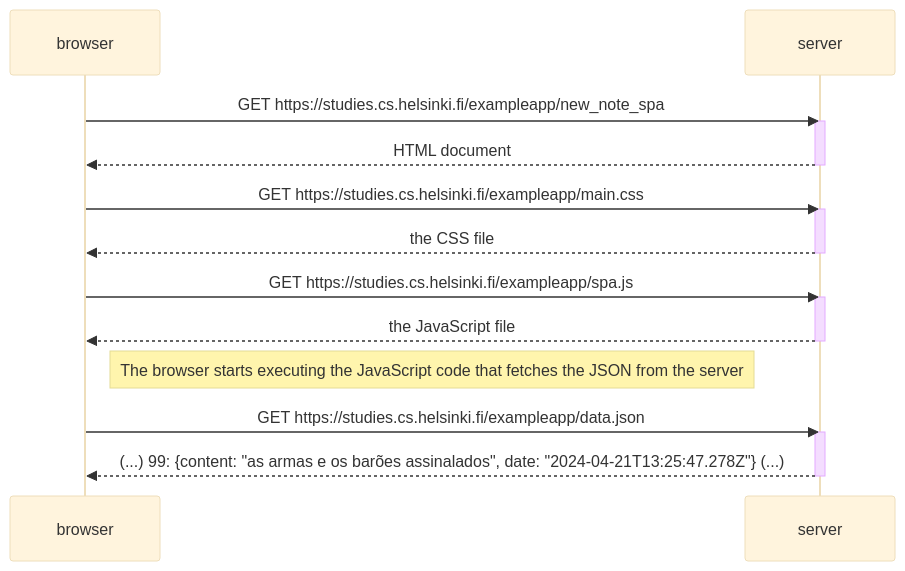
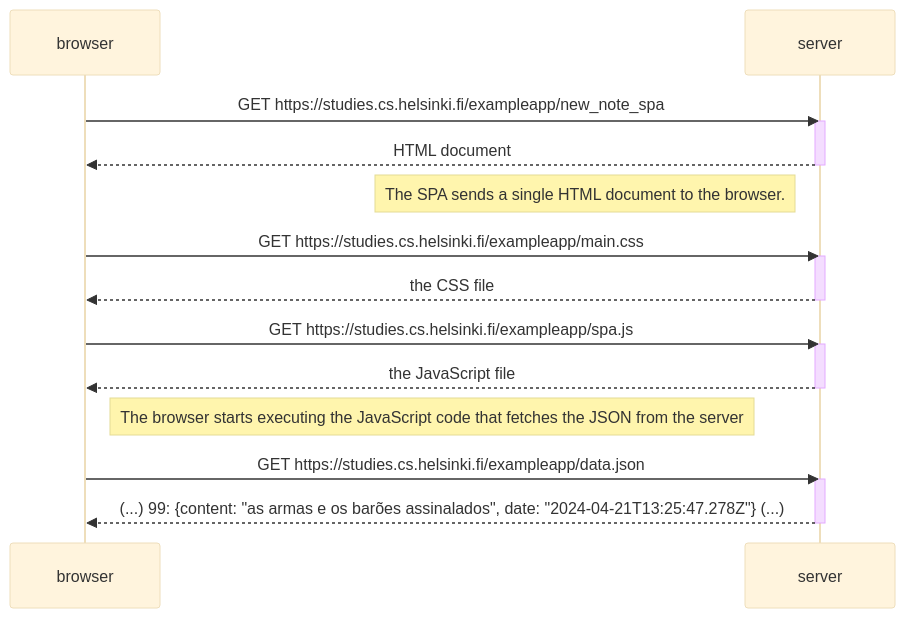
Before and after one commit to rdscosta/fsopen: the second of 3 diagrams in part0/diagrams.md, drawn with Mermaid (base theme).

Commit message:
Changed the diagram for 0.5

````diff
--- a/part0/diagrams.md
+++ b/part0/diagrams.md
@@ -45,28 +45,30 @@
 ```mermaid
 sequenceDiagram
     participant browser
     participant server
 
     browser->>server: GET https://studies.cs.helsinki.fi/exampleapp/new_note_spa
 
     activate server
     server-->>browser: HTML document
     deactivate server
+
+    Note left of server: The SPA sends a single HTML document to the browser.
 
     browser->>server: GET https://studies.cs.helsinki.fi/exampleapp/main.css
     activate server
     server-->>browser: the CSS file
     deactivate server
 
     browser->>server: GET https://studies.cs.helsinki.fi/exampleapp/spa.js
     activate server
     server-->>browser: the JavaScript file
     deactivate server
 
     Note right of browser: The browser starts executing the JavaScript code that fetches the JSON from the server
 
     browser->>server: GET https://studies.cs.helsinki.fi/exampleapp/data.json
     activate server
     server-->>browser: (...) 99: {content: "as armas e os barões assinalados", date: "2024-04-21T13:25:47.278Z"} (...)
     deactivate server
 ```
````
